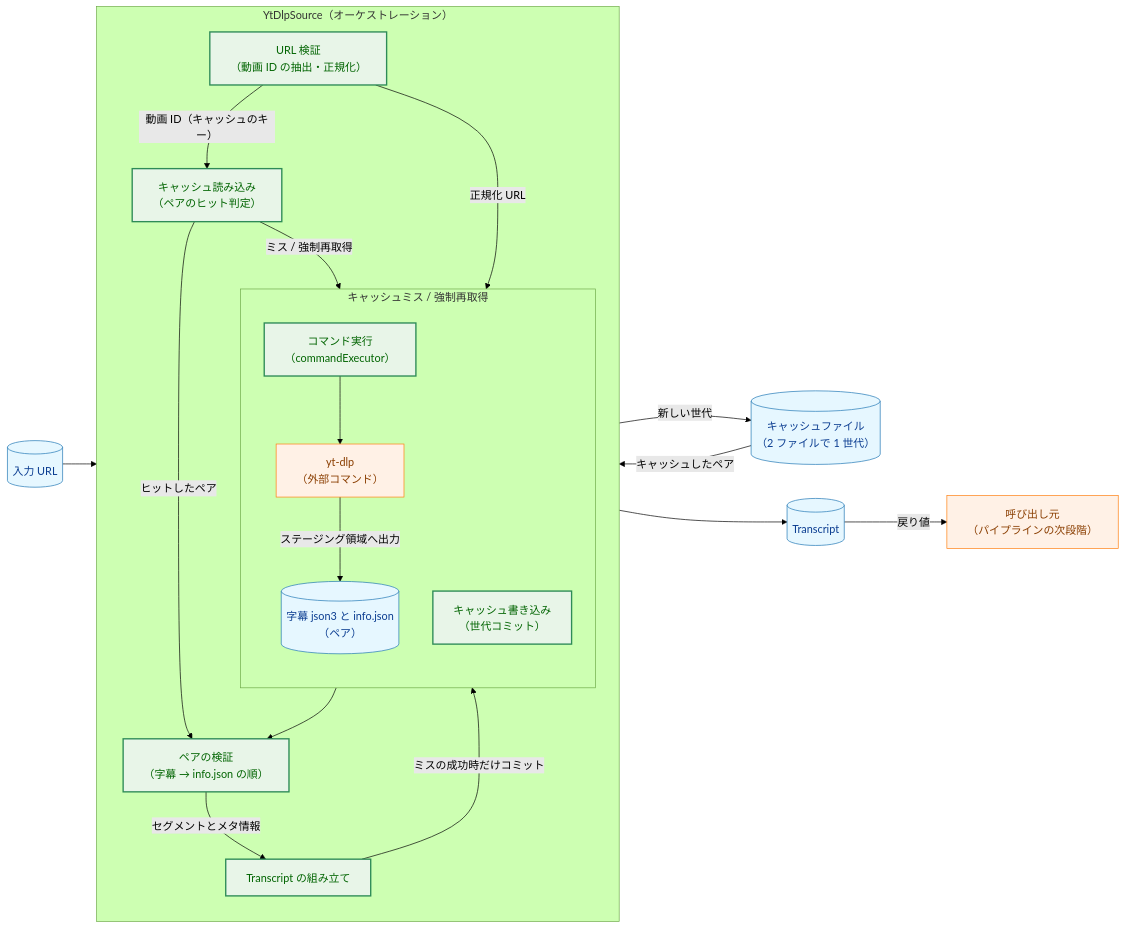
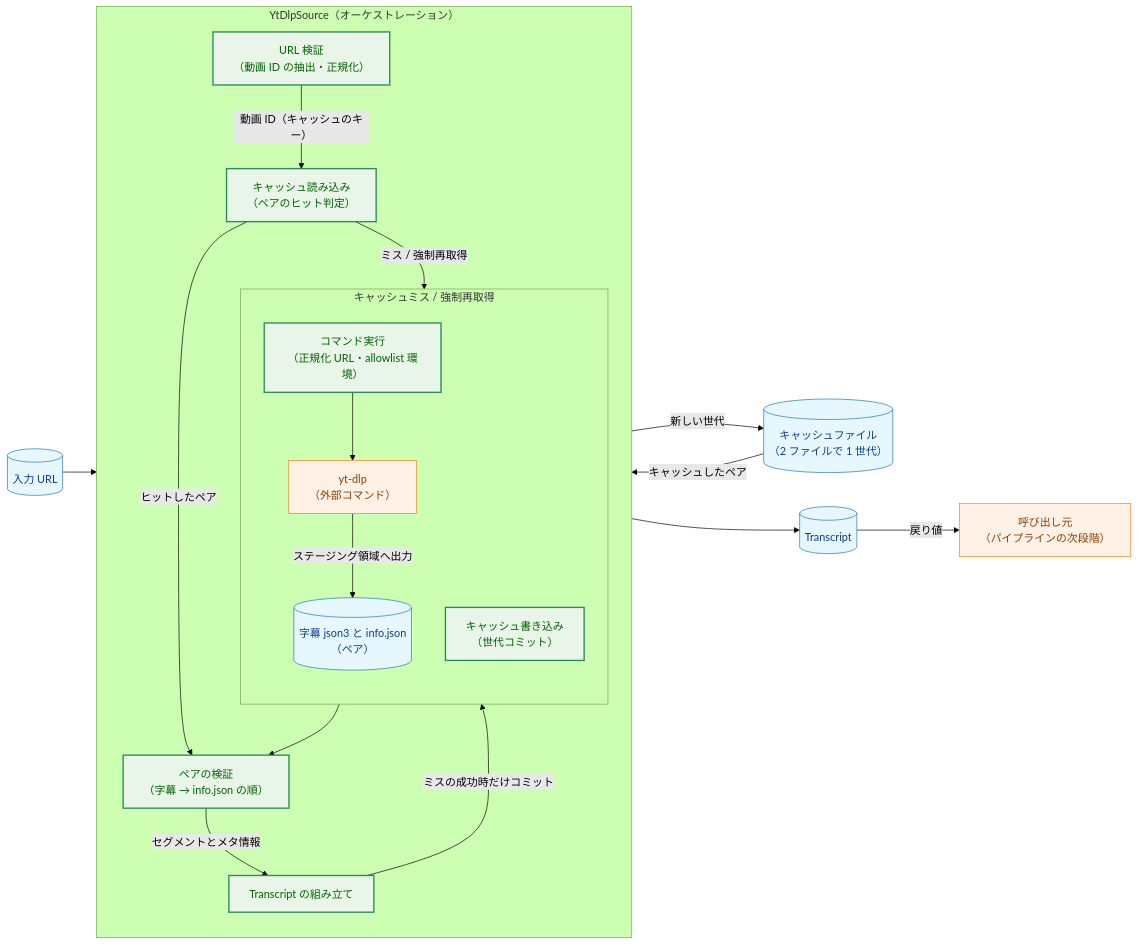
The first of 11 diagrams in docs/tasks/0002_ytdlp_transcript_source/02_architecture.md (isseis/yt2column), drawn with Mermaid (forest theme) before and after one commit. The commit also changed other lines of this file, not shown here.

Commit message:
docs(0002): reach command execution only via the cache decision
Remove the direct URL-validation -> command-execution edge: it showed a
data dependency but read as a path that bypasses the cache. Command
execution is now reachable only from the cache read (miss or force
refresh); the normalized URL is described as its argument.

````diff
--- a/docs/tasks/0002_ytdlp_transcript_source/02_architecture.md
+++ b/docs/tasks/0002_ytdlp_transcript_source/02_architecture.md
@@ -26,47 +26,46 @@
 ```mermaid
 flowchart LR
     classDef data fill:#e6f7ff,stroke:#1f77b4,stroke-width:1px,color:#0b3d91;
     classDef enhanced fill:#e8f5e8,stroke:#2e8b57,stroke-width:2px,color:#006400;
     classDef process fill:#fff1e6,stroke:#ff7f0e,stroke-width:1px,color:#8a3e00;
 
     URL[("入力 URL")]
 
     subgraph SRC["YtDlpSource（オーケストレーション）"]
         direction TB
         VID["URL 検証<br>（動画 ID の抽出・正規化）"]
         READ["キャッシュ読み込み<br>（ペアのヒット判定）"]
         PARSE["ペアの検証<br>（字幕 → info.json の順）"]
         ASM["Transcript の組み立て"]
 
         subgraph MISS["キャッシュミス / 強制再取得"]
             direction TB
-            RUN["コマンド実行<br>（commandExecutor）"]
+            RUN["コマンド実行<br>（正規化 URL・allowlist 環境）"]
             YTDLP["yt-dlp<br>（外部コマンド）"]
             PAIR[("字幕 json3 と info.json<br>（ペア）")]
             WRITE["キャッシュ書き込み<br>（世代コミット）"]
             RUN --> YTDLP
             YTDLP -->|"ステージング領域へ出力"| PAIR
         end
     end
 
     CF[("キャッシュファイル<br>（2 ファイルで 1 世代）")]
     TC[("Transcript")]
     CALLER["呼び出し元<br>（パイプラインの次段階）"]
 
     URL --> VID
     VID -->|"動画 ID（キャッシュのキー）"| READ
-    VID -->|"正規化 URL"| RUN
     CF -->|"キャッシュしたペア"| READ
     READ -->|"ヒットしたペア"| PARSE
     READ -->|"ミス / 強制再取得"| RUN
     PAIR --> PARSE
     PARSE -->|"セグメントとメタ情報"| ASM
     ASM -->|"ミスの成功時だけコミット"| WRITE
     WRITE -->|"新しい世代"| CF
     ASM --> TC
     TC -->|"戻り値"| CALLER
 
     class URL,PAIR,CF,TC data
     class VID,READ,PARSE,ASM,WRITE,RUN enhanced
     class YTDLP,CALLER process
 ```
````
